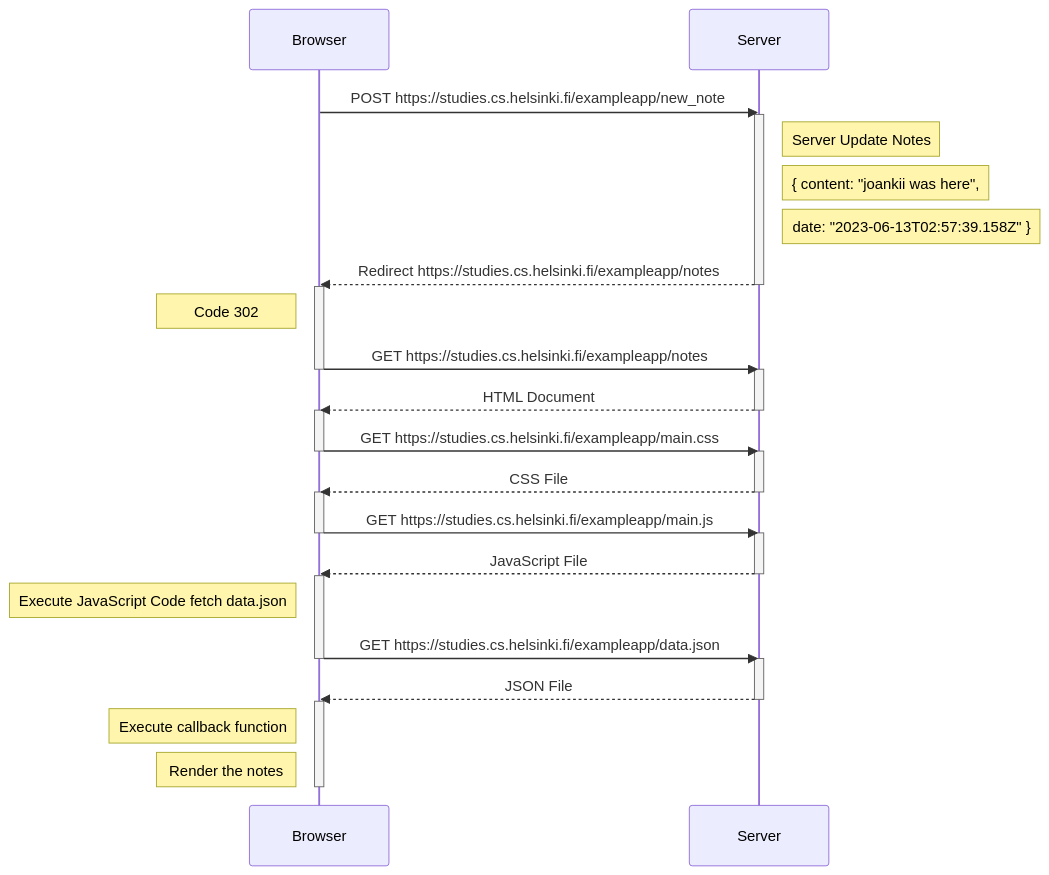
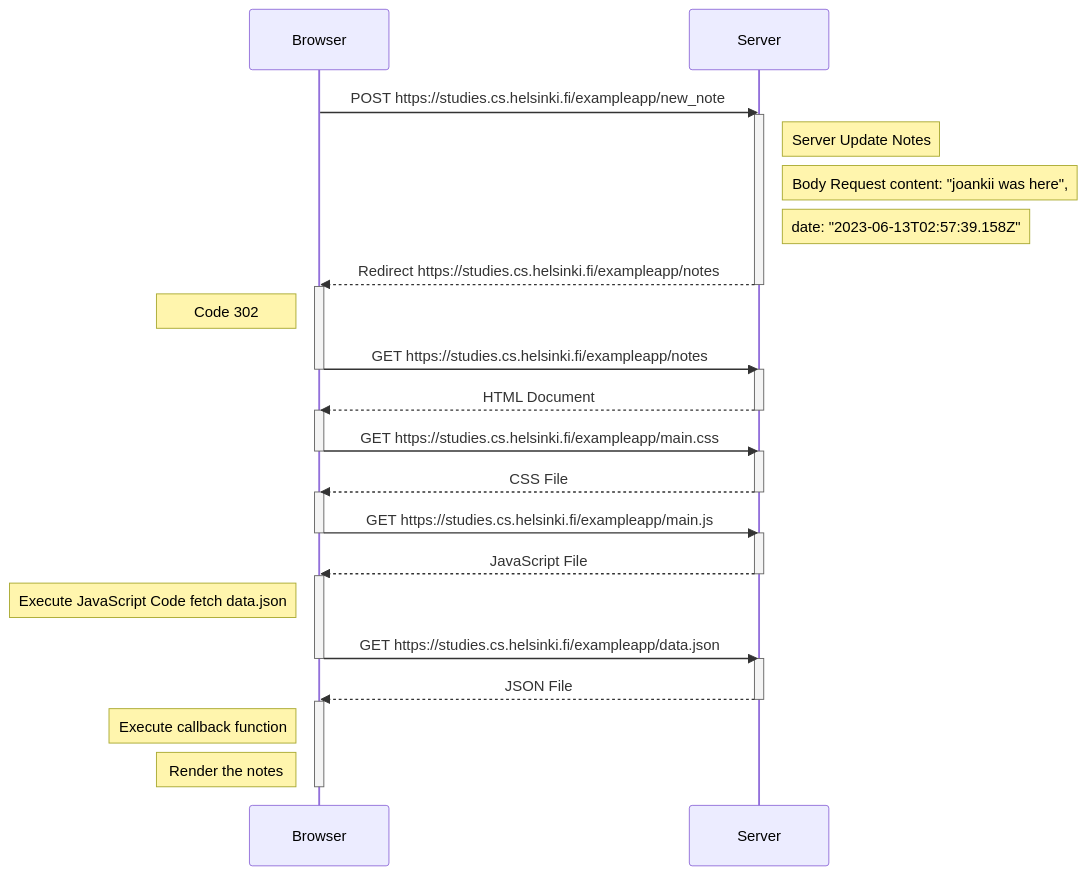
One commit to joan-kii/full-stack-open changed the diagram in part0/NEW_NOTE.md. Above: the diagram before and after it, drawn with Mermaid.

Commit message:
modify comment new_note

`````diff
--- a/part0/NEW_NOTE.md
+++ b/part0/NEW_NOTE.md
@@ -3,42 +3,42 @@
 ```mermaid
 sequenceDiagram
 participant Browser
 participant Server
 Browser->>Server: POST https://studies.cs.helsinki.fi/exampleapp/new_note
 activate Server
 Note right of Server: Server Update Notes
-Note right of Server: { content: "joankii was here",
-Note right of Server: date: "2023-06-13T02:57:39.158Z" }
+Note right of Server: Body Request content: "joankii was here",
+Note right of Server: date: "2023-06-13T02:57:39.158Z"
 Server-->>Browser: Redirect https://studies.cs.helsinki.fi/exampleapp/notes
 deactivate Server
 activate Browser
 Note left of Browser: Code 302
 Browser->>Server: GET https://studies.cs.helsinki.fi/exampleapp/notes
 deactivate Browser
 activate Server
 Server-->>Browser: HTML Document
 deactivate Server
 activate Browser
 Browser->>Server: GET https://studies.cs.helsinki.fi/exampleapp/main.css
 deactivate Browser
 activate Server
 Server-->>Browser: CSS File
 deactivate Server
 activate Browser
 Browser->>Server: GET https://studies.cs.helsinki.fi/exampleapp/main.js
 deactivate Browser
 activate Server
 Server-->>Browser: JavaScript File
 deactivate Server
 activate Browser
 Note left of Browser: Execute JavaScript Code fetch data.json
 Browser->>Server: GET https://studies.cs.helsinki.fi/exampleapp/data.json
 deactivate Browser
 activate Server
 Server-->>Browser: JSON File
 deactivate Server
 activate Browser
 Note left of Browser: Execute callback function
 Note left of Browser: Render the notes
 deactivate Browser
 ````
`````
